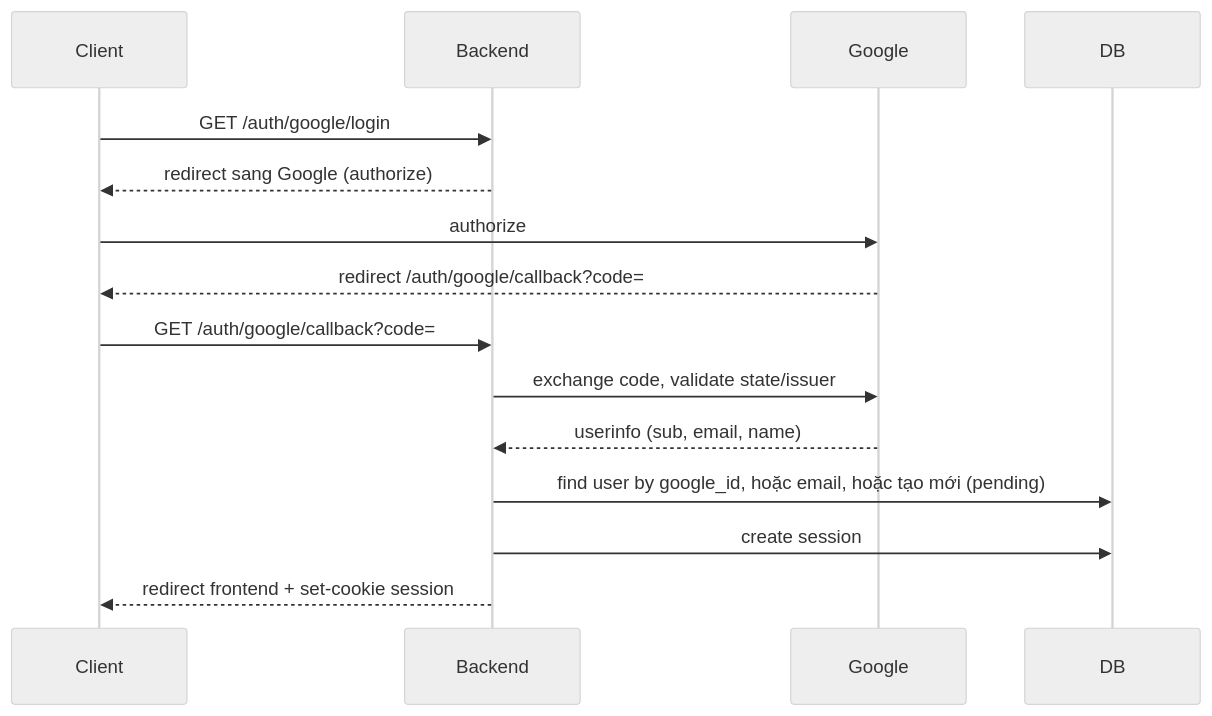
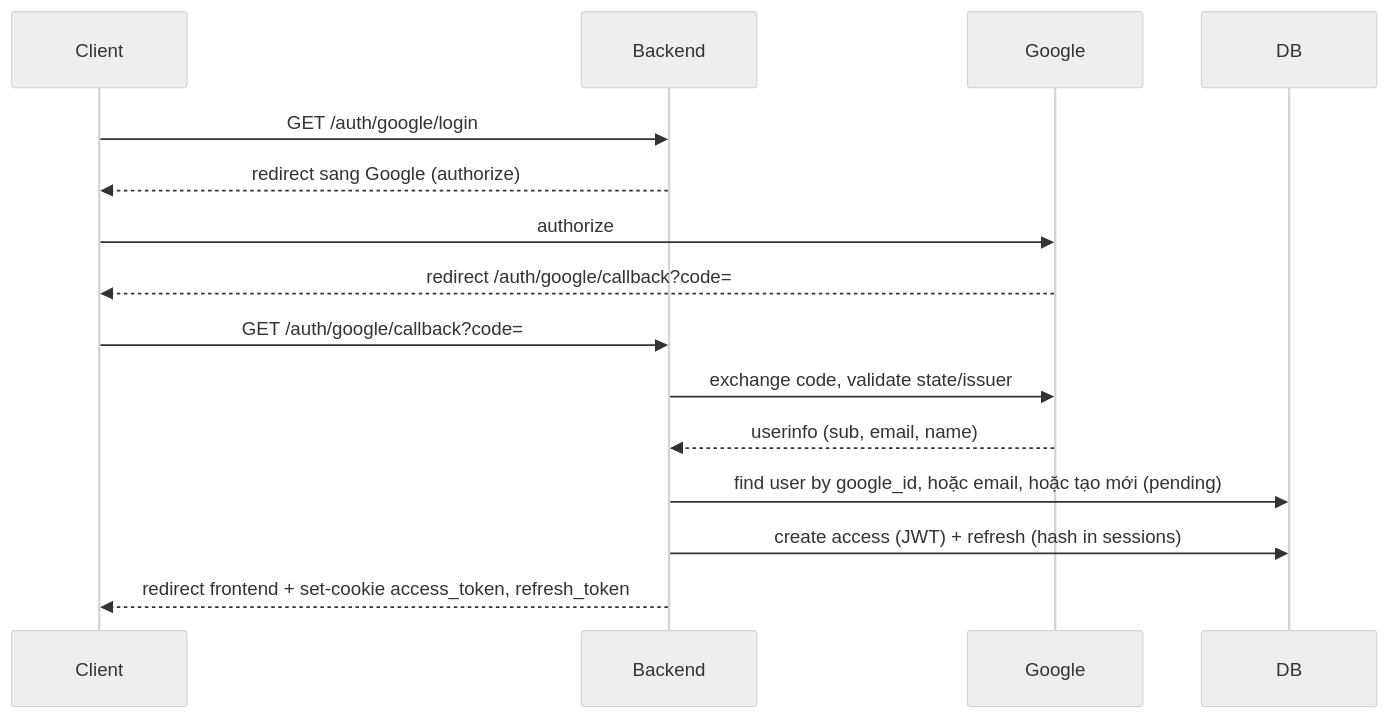
One commit to Nimwy/remote-it-job changed the sixth of 11 diagrams in DIAGRAMS.md. Above: the diagram before and after it, drawn with Mermaid (neutral theme). The commit also changed other lines of this file and 2 other files, not shown here.

First line of the commit message:
docs: update auth docs for JWT access + opaque refresh (Q-01)

````diff
--- a/DIAGRAMS.md
+++ b/DIAGRAMS.md
@@ -70,18 +74,18 @@
 ```mermaid
 sequenceDiagram
     participant C as Client
     participant B as Backend
     participant G as Google
     participant D as DB
 
     C->>B: GET /auth/google/login
     B-->>C: redirect sang Google (authorize)
     C->>G: authorize
     G-->>C: redirect /auth/google/callback?code=
     C->>B: GET /auth/google/callback?code=
     B->>G: exchange code, validate state/issuer
     G-->>B: userinfo (sub, email, name)
     B->>D: find user by google_id, hoặc email, hoặc tạo mới (pending)
-    B->>D: create session
-    B-->>C: redirect frontend + set-cookie session
+    B->>D: create access (JWT) + refresh (hash in sessions)
+    B-->>C: redirect frontend + set-cookie access_token, refresh_token
 ```
````
